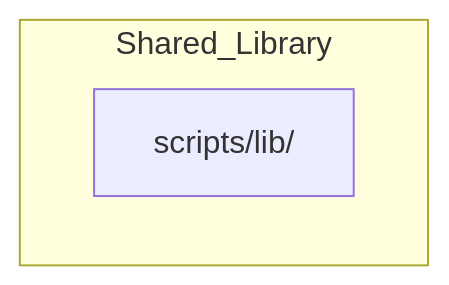
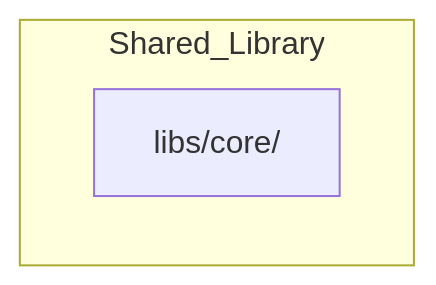
The diagram in evidence/dependency-map.mmd (famaoai-creator/gemini-skills), drawn with Mermaid before and after one commit. The commit also changed 22 other files, not shown here.

```diff
--- a/evidence/dependency-map.mmd
+++ b/evidence/dependency-map.mmd
@@ -1,4 +1,4 @@
 graph TD
     subgraph Shared_Library
-        Lib[scripts/lib/]
+        Lib[libs/core/]
     end
```
